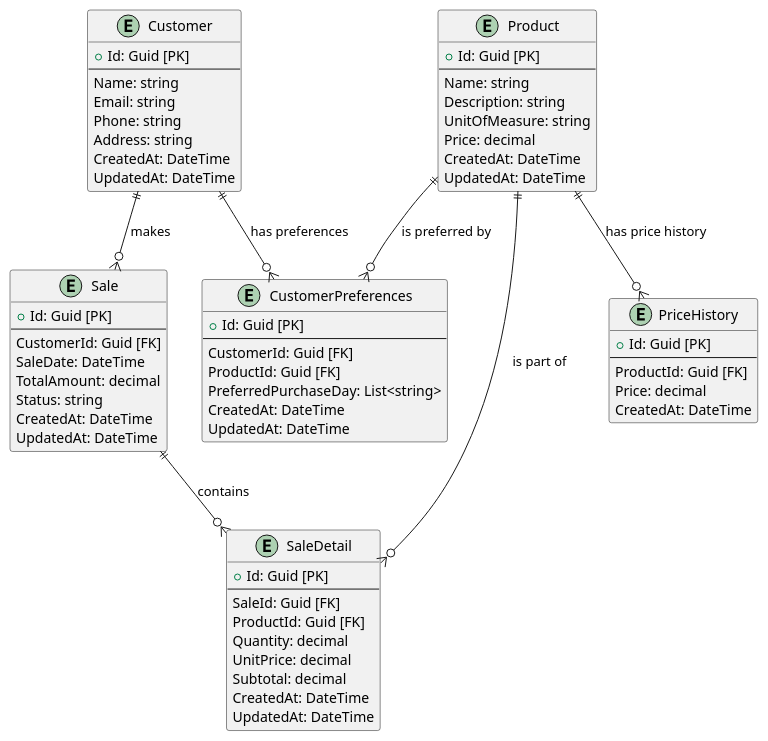
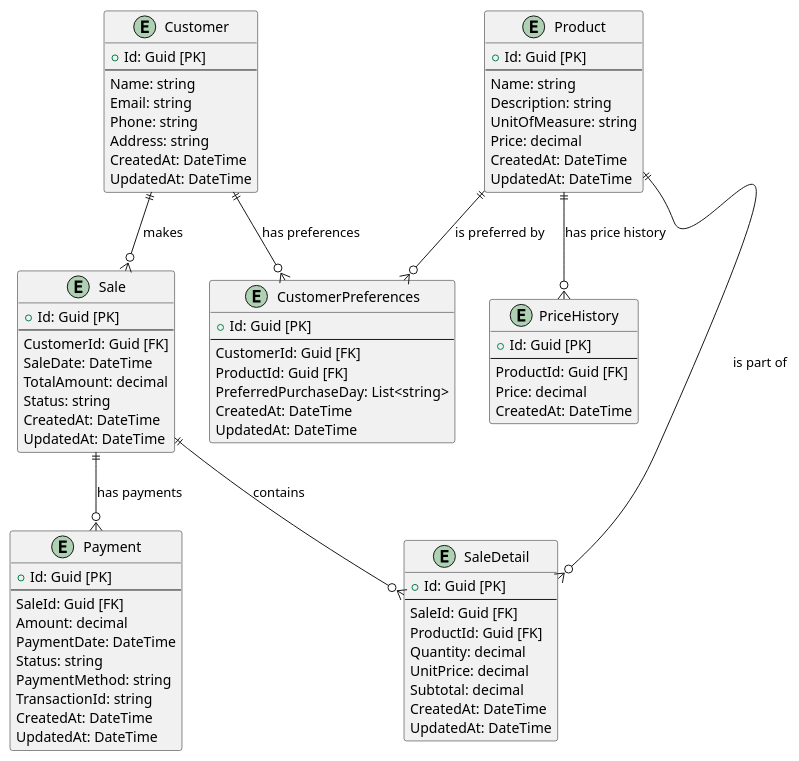
The diagram in src/project.puml (jorgezup/BizFlow), drawn with PlantUML before and after one commit. The commit also changed 26 other files, not shown here.

Commit message:
chore: add payment flow

```diff
--- a/src/project.puml
+++ b/src/project.puml
@@ -1,71 +1,85 @@
 @startuml
 entity Customer {
     + Id: Guid [PK]
     --
     Name: string
     Email: string
     Phone: string
     Address: string
     CreatedAt: DateTime
     UpdatedAt: DateTime
 }
 
 entity Product {
     + Id: Guid [PK]
     --
     Name: string
     Description: string
     UnitOfMeasure: string
     Price: decimal
     CreatedAt: DateTime
     UpdatedAt: DateTime
 }
 
 entity Sale {
     + Id: Guid [PK]
     --
     CustomerId: Guid [FK]
     SaleDate: DateTime
     TotalAmount: decimal
     Status: string
     CreatedAt: DateTime
     UpdatedAt: DateTime
 }
 
 entity SaleDetail {
     + Id: Guid [PK]
     --
     SaleId: Guid [FK]
     ProductId: Guid [FK]
     Quantity: decimal
     UnitPrice: decimal
     Subtotal: decimal
     CreatedAt: DateTime
     UpdatedAt: DateTime
 }
 
 entity PriceHistory {
     + Id: Guid [PK]
     --
     ProductId: Guid [FK]
     Price: decimal
     CreatedAt: DateTime
 }
 
 entity CustomerPreferences {
     + Id: Guid [PK]
     --
     CustomerId: Guid [FK]
     ProductId: Guid [FK]
     PreferredPurchaseDay: List<string>
     CreatedAt: DateTime
     UpdatedAt: DateTime
 }
 
+entity Payment {
+    + Id: Guid [PK]
+    --
+    SaleId: Guid [FK]
+    Amount: decimal
+    PaymentDate: DateTime
+    Status: string
+    PaymentMethod: string
+    TransactionId: string
+    CreatedAt: DateTime
+    UpdatedAt: DateTime
+}
+
+Sale ||--o{ Payment : "has payments"
 Customer ||--o{ Sale : "makes"
 Sale ||--o{ SaleDetail : "contains"
 Product ||--o{ SaleDetail : "is part of"
 Product ||--o{ PriceHistory : "has price history"
 Customer ||--o{ CustomerPreferences : "has preferences"
 Product ||--o{ CustomerPreferences : "is preferred by"
 @enduml
```
